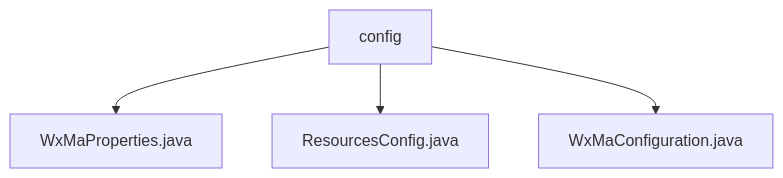
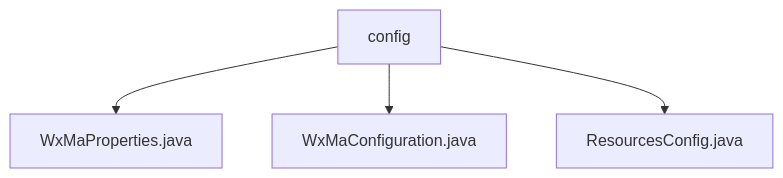
The diagram in docs/en/docs/src/main/java/com/github/binarywang/demo/wx/miniapp/config/_module.md (v-wjrong/imrrong_weixin-java-miniapp-demo), drawn with Mermaid before and after one commit. The commit also changed other lines of this file and 51 other files, not shown here.

````diff
--- a/docs/en/docs/src/main/java/com/github/binarywang/demo/wx/miniapp/config/_module.md
+++ b/docs/en/docs/src/main/java/com/github/binarywang/demo/wx/miniapp/config/_module.md
@@ -22,6 +26,6 @@
 ```mermaid
 graph TD
     config --> WxMaProperties.java
+    config --> WxMaConfiguration.java
     config --> ResourcesConfig.java
-    config --> WxMaConfiguration.java
 ```
````
